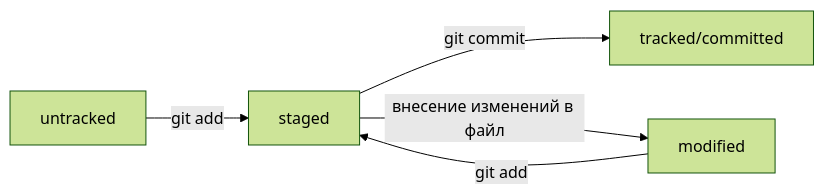
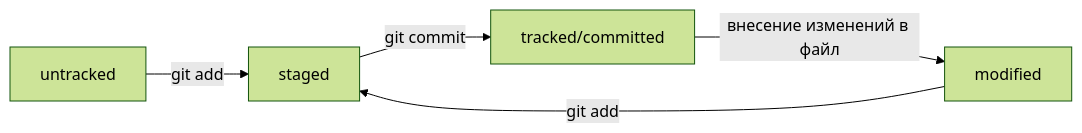
Before and after one commit to VladislavABKMV/git-tips: the diagram in README.md, drawn with Mermaid (forest theme).

Commit message:
Исправить ошибку в mermaid-схеме

````diff
--- a/README.md
+++ b/README.md
@@ -59,9 +59,9 @@
 ```mermaid
 graph LR;
   untracked -- "git add" --> staged;
   modified -- "git add" --> staged;
   staged    -- "git commit"     --> tracked/committed;
-  staged    -- "внесение изменений в файл"     --> modified;
+  tracked/committed    -- "внесение изменений в файл"     --> modified;
   
   %% Схема изменения статусов
 ```
````
